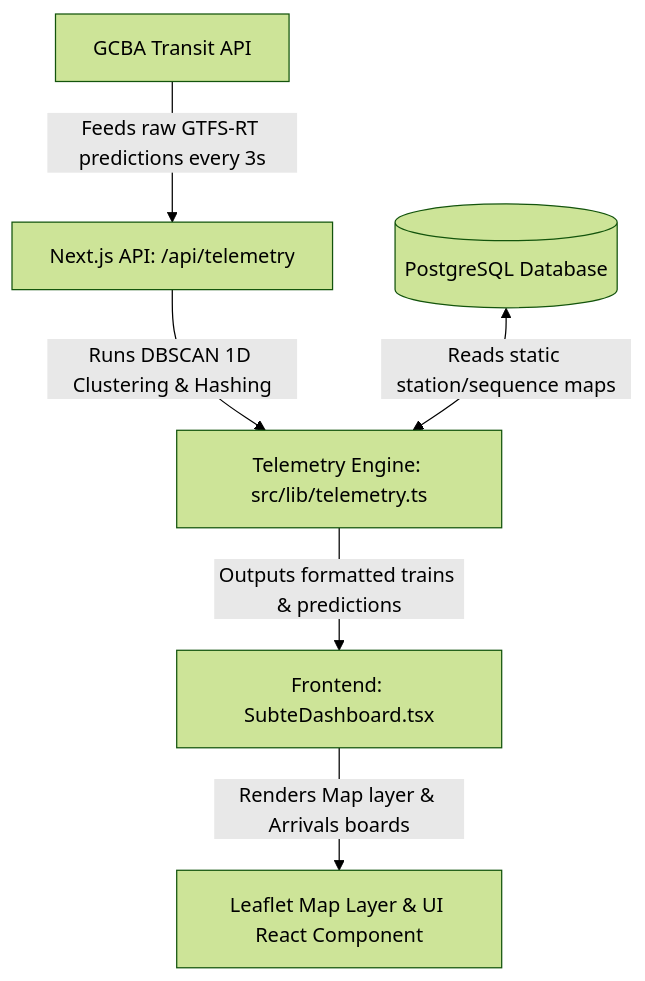
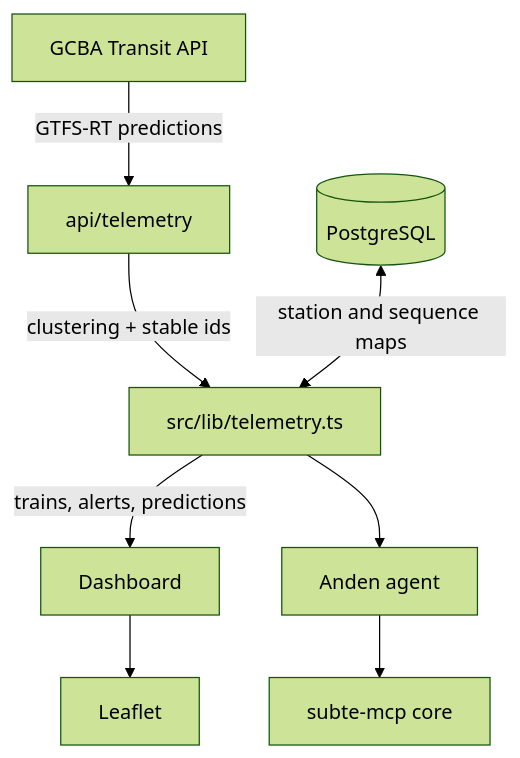
One commit to Juan-Martin-Cerezo/subte-monitor changed the diagram in docs/README.md. Above: the diagram before and after it, drawn with Mermaid (forest theme). The commit also changed other lines of this file and 31 other files, not shown here.

````diff
--- a/docs/README.md
+++ b/docs/README.md
@@ -41,8 +16,10 @@
 ```mermaid
 graph TD
-    API[GCBA Transit API] -->|Feeds raw GTFS-RT predictions every 3s| TelemetryAPI[Next.js API: /api/telemetry]
-    TelemetryAPI -->|Runs DBSCAN 1D Clustering & Hashing| TelemetryEngine[Telemetry Engine: src/lib/telemetry.ts]
-    DB[(PostgreSQL Database)] <-->|Reads static station/sequence maps| TelemetryEngine
-    TelemetryEngine -->|Outputs formatted trains & predictions| ClientDashboard[Frontend: SubteDashboard.tsx]
-    ClientDashboard -->|Renders Map layer & Arrivals boards| Leaflet[Leaflet Map Layer & UI React Component]
+    API[GCBA Transit API] -->|GTFS-RT predictions| TelemetryAPI[api/telemetry]
+    TelemetryAPI -->|clustering + stable ids| Engine[src/lib/telemetry.ts]
+    DB[(PostgreSQL)] <-->|station and sequence maps| Engine
+    Engine -->|trains, alerts, predictions| Dashboard[Dashboard]
+    Dashboard --> Leaflet
+    Engine --> Anden[Anden agent]
+    Anden --> Tools[subte-mcp core]
 ```
````
